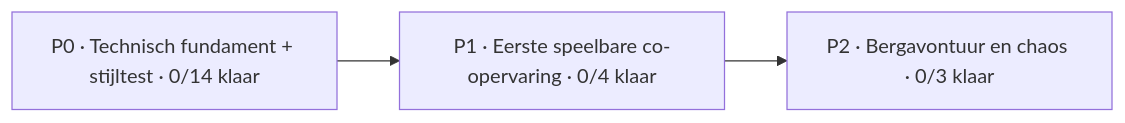
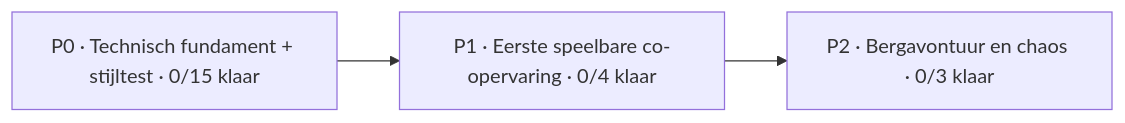
Before and after one commit to mlemson/conductor-chaos: the diagram in Docs/PROJECT_BOARD.md, drawn with Mermaid. The commit also changed other lines of this file, not shown here.

````diff
--- a/Docs/PROJECT_BOARD.md
+++ b/Docs/PROJECT_BOARD.md
@@ -13,7 +13,7 @@
 ```mermaid
 flowchart LR
-    P0["P0 · Technisch fundament + stijltest · 0/14 klaar"]
+    P0["P0 · Technisch fundament + stijltest · 0/15 klaar"]
     P1["P1 · Eerste speelbare co-opervaring · 0/4 klaar"]
     P2["P2 · Bergavontuur en chaos · 0/3 klaar"]
     P0 --> P1 --> P2
 ```
````
